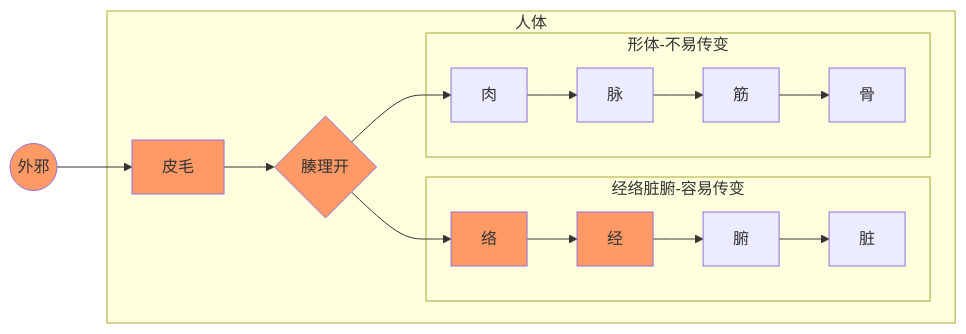
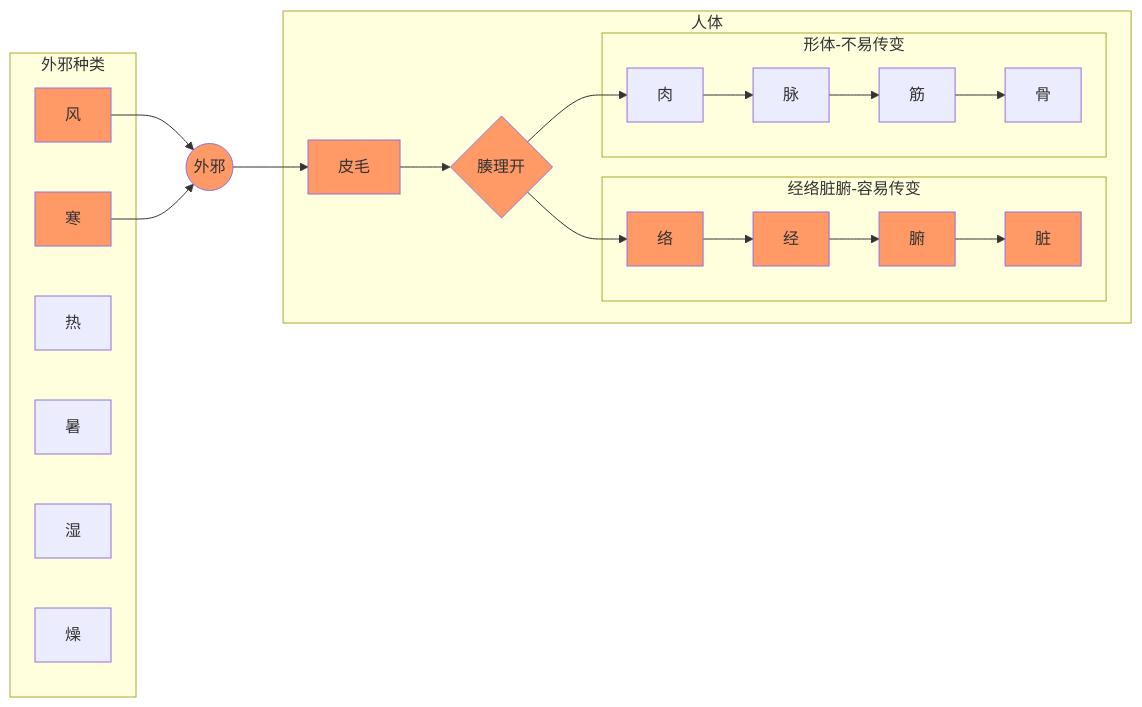
The first of 6 diagrams in ok/rm/rm_shl01.md (6830920/gmzyjc), drawn with Mermaid before and after one commit. The commit also changed other lines of this file, not shown here.

````diff
--- a/ok/rm/rm_shl01.md
+++ b/ok/rm/rm_shl01.md
@@ -13,20 +15,31 @@
 ```mermaid
 graph LR
+
+subgraph four[外邪种类]
+风
+寒
+热
+暑
+湿
+燥
+end
+风:::red-->id1
+寒:::red-->id1
 id1((外邪)):::red-->id2[皮毛]:::red
 
 subgraph three[人体]
 id2[皮毛]-->腠理开{腠理开}:::red-->络:::red
 腠理开-->肉
 
 subgraph one[经络脏腑-容易传变]
-络-->经:::red-->腑-->脏
+络-->经:::red-->腑:::red-->脏:::red
 end
 
 subgraph two[形体-不易传变]
 肉-->脉-->筋-->骨
 end
 
 end
 
 classDef red fill:#f96
 ```
````
